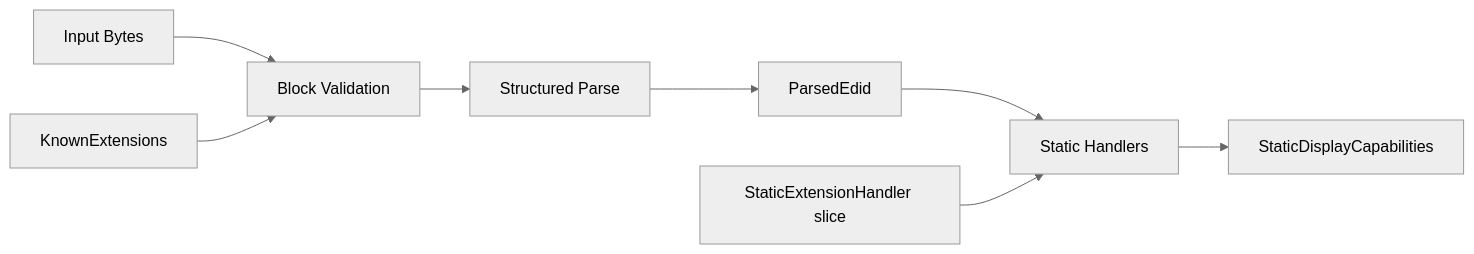
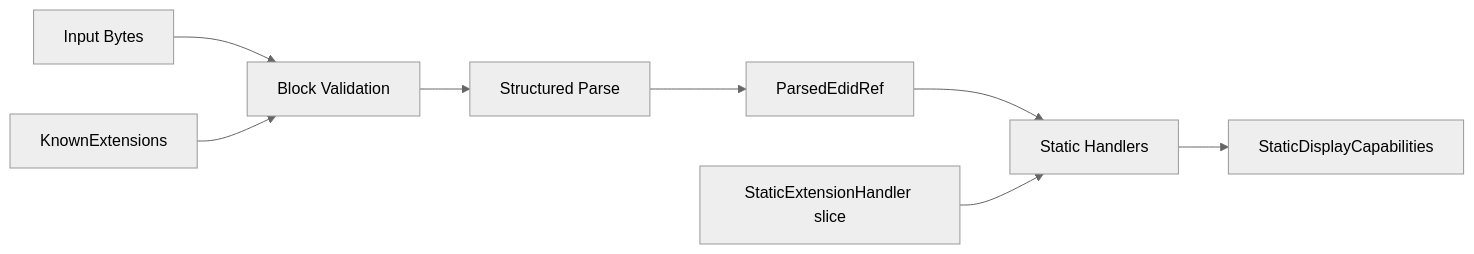
One commit to DracoWhitefire/piaf changed the second of 2 diagrams in doc/architecture.md. Above: the diagram before and after it, drawn with Mermaid (neutral theme). The commit also changed other lines of this file and 3 other files, not shown here.

````diff
--- a/doc/architecture.md
+++ b/doc/architecture.md
@@ -26,10 +28,10 @@
 ```mermaid
 flowchart LR
     A[Input Bytes] --> B[Block Validation]
     K[KnownExtensions] --> B
     B --> C[Structured Parse]
-    C --> D[ParsedEdid]
+    C --> D[ParsedEdidRef]
     D --> E[Static Handlers]
     S[StaticExtensionHandler slice] --> E
     E --> F[StaticDisplayCapabilities]
 ```
````
